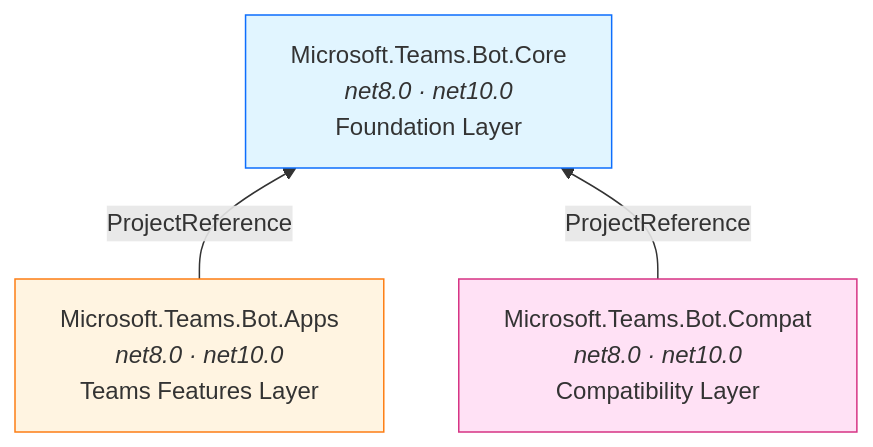
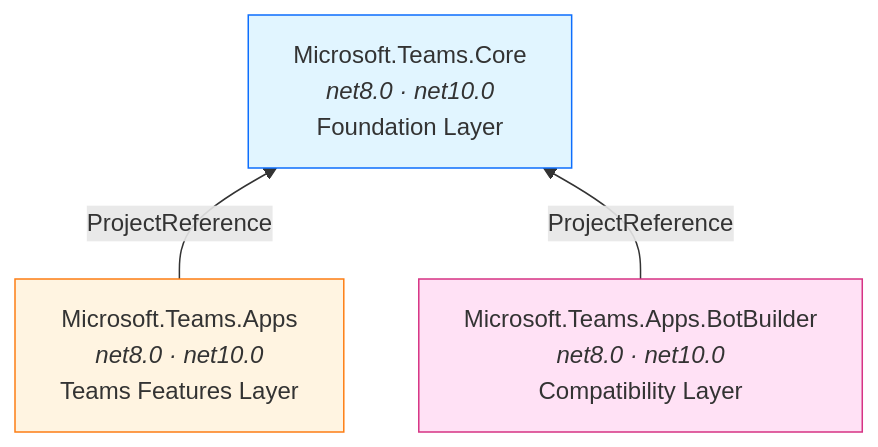
One commit to microsoft/teams.net changed the second of 6 diagrams in core/docs/Core-Compat-PackageDependencies.md. Above: the diagram before and after it, drawn with Mermaid. The commit also changed other lines of this file and 6 other files, not shown here.

````diff
--- a/core/docs/Core-Compat-PackageDependencies.md
+++ b/core/docs/Core-Compat-PackageDependencies.md
@@ -38,13 +38,13 @@
 ```mermaid
 graph BT
-    Core["Microsoft.Teams.Bot.Core<br/><i>net8.0 · net10.0</i><br/>Foundation Layer"]
-    Apps["Microsoft.Teams.Bot.Apps<br/><i>net8.0 · net10.0</i><br/>Teams Features Layer"]
-    Compat["Microsoft.Teams.Bot.Compat<br/><i>net8.0 · net10.0</i><br/>Compatibility Layer"]
+    Core["Microsoft.Teams.Core<br/><i>net8.0 · net10.0</i><br/>Foundation Layer"]
+    Apps["Microsoft.Teams.Apps<br/><i>net8.0 · net10.0</i><br/>Teams Features Layer"]
+    Compat["Microsoft.Teams.Apps.BotBuilder<br/><i>net8.0 · net10.0</i><br/>Compatibility Layer"]
 
     Apps -->|"ProjectReference"| Core
     Compat -->|"ProjectReference"| Core
 
     style Core fill:#e1f5ff,stroke:#0d6efd
     style Apps fill:#fff4e1,stroke:#fd7e14
     style Compat fill:#ffe1f5,stroke:#d63384
 ```
````
